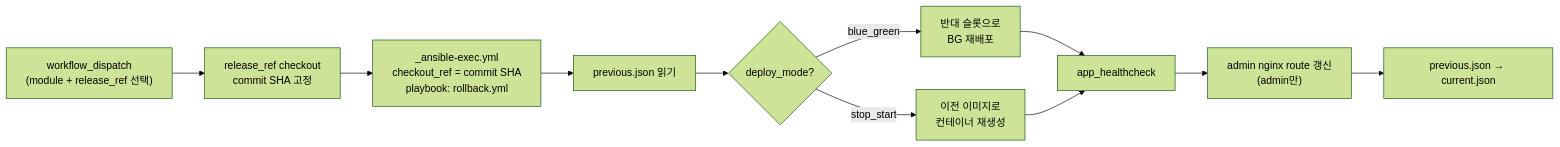
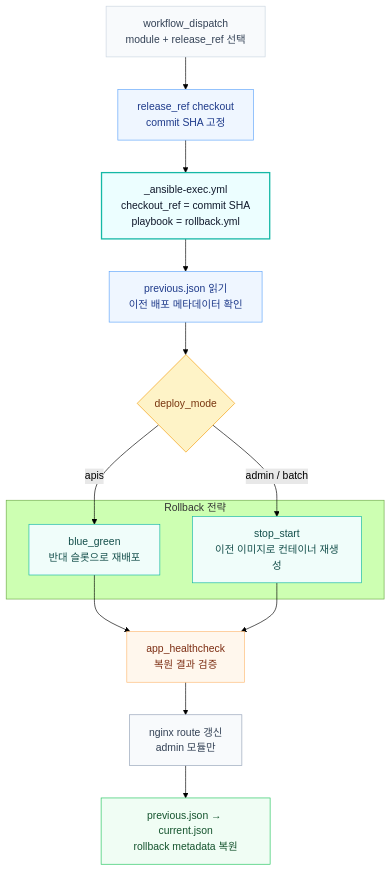
Diagram 14 of 14 in infra/README.md (TEAM-BEAT/BEAT-SERVER), drawn with Mermaid (forest theme) before and after one commit. The commit also changed other lines of this file, not shown here.

Commit message:
docs: README.md 다이어그램 구체화

````diff
--- a/infra/README.md
+++ b/infra/README.md
@@ -1005,12 +1116,41 @@
 ```mermaid
-flowchart LR
-    A["workflow_dispatch<br/>(module + release_ref 선택)"] --> B["release_ref checkout<br/>commit SHA 고정"]
-    B --> C["_ansible-exec.yml<br/>checkout_ref = commit SHA<br/>playbook: rollback.yml"]
-    C --> D["previous.json 읽기"]
-    D --> E{"deploy_mode?"}
-    E -->|"blue_green"| F["반대 슬롯으로<br/>BG 재배포"]
-    E -->|"stop_start"| G["이전 이미지로<br/>컨테이너 재생성"]
-    F & G --> H["app_healthcheck"]
-    H --> I["admin nginx route 갱신<br/>(admin만)"]
-    I --> J["previous.json → current.json"]
+flowchart TB
+    Start["workflow_dispatch<br/>module + release_ref 선택"]:::event
+    Checkout["release_ref checkout<br/>commit SHA 고정"]:::step
+    Exec["_ansible-exec.yml<br/>checkout_ref = commit SHA<br/>playbook = rollback.yml"]:::executor
+
+    ReadPrev["previous.json 읽기<br/>이전 배포 메타데이터 확인"]:::step
+    Mode{"deploy_mode"}:::decision
+
+    subgraph STRATEGY["Rollback 전략"]
+        BlueGreen["blue_green<br/>반대 슬롯으로 재배포"]:::strategy
+        StopStart["stop_start<br/>이전 이미지로 컨테이너 재생성"]:::strategy
+    end
+
+    Health["app_healthcheck<br/>복원 결과 검증"]:::verify
+    Nginx["nginx route 갱신<br/>admin 모듈만"]:::infra
+    Metadata["previous.json → current.json<br/>rollback metadata 복원"]:::post
+
+    Start --> Checkout
+    Checkout --> Exec
+    Exec --> ReadPrev
+    ReadPrev --> Mode
+
+    Mode -->|"apis"| BlueGreen
+    Mode -->|"admin / batch"| StopStart
+
+    BlueGreen --> Health
+    StopStart --> Health
+
+    Health --> Nginx
+    Nginx --> Metadata
+
+    classDef event fill:#F8FAFC,stroke:#CBD5E1,stroke-width:1px,color:#334155
+    classDef step fill:#EFF6FF,stroke:#60A5FA,stroke-width:1px,color:#1E3A8A
+    classDef executor fill:#ECFEFF,stroke:#14B8A6,stroke-width:2px,color:#0F172A
+    classDef decision fill:#FEF3C7,stroke:#F59E0B,stroke-width:1px,color:#78350F
+    classDef strategy fill:#F0FDFA,stroke:#14B8A6,stroke-width:1px,color:#134E4A
+    classDef verify fill:#FFF7ED,stroke:#FDBA74,stroke-width:1px,color:#7C2D12
+    classDef infra fill:#F8FAFC,stroke:#94A3B8,stroke-width:1px,color:#334155
+    classDef post fill:#F0FDF4,stroke:#22C55E,stroke-width:1px,color:#14532D
 ```
````
